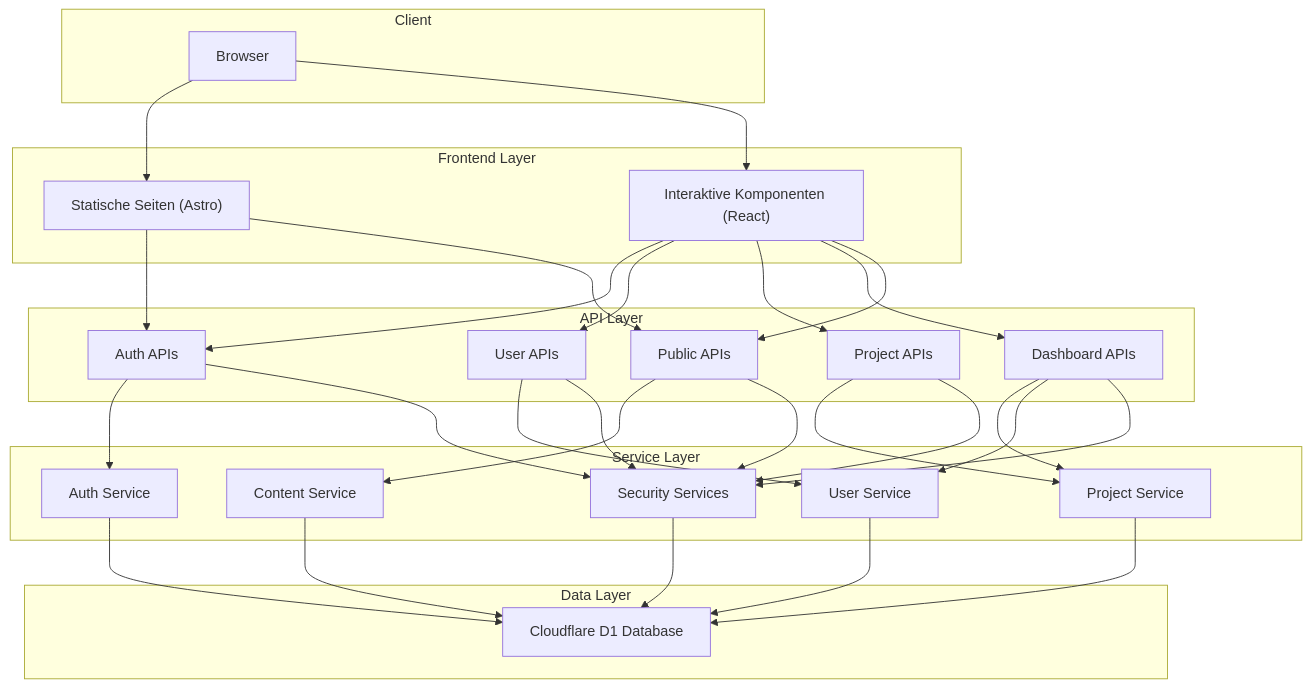
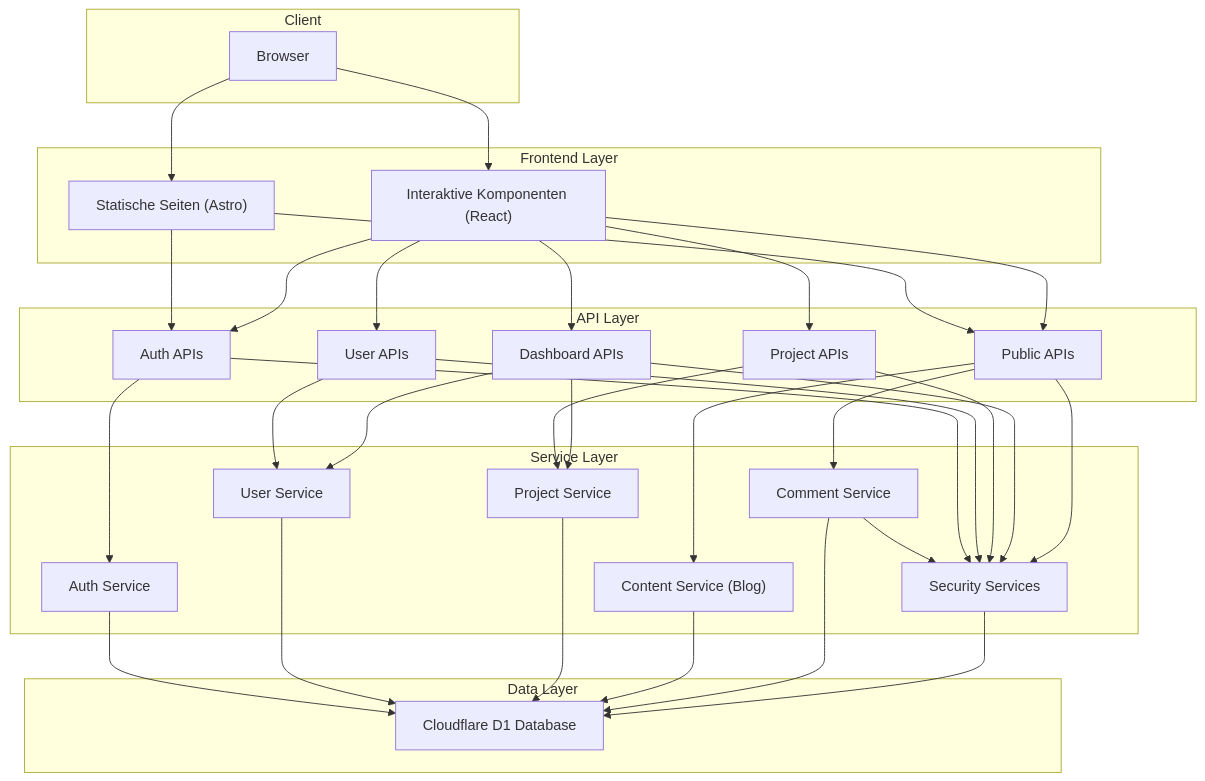
One commit to HubEvolution/EvolutionHub changed the first of 2 diagrams in docs/architecture/system-overview.md. Above: the diagram before and after it, drawn with Mermaid. The commit also changed other lines of this file and 63 other files, not shown here.

Commit message:
feat: add comment system API with CRUD operations and moderation support

````diff
--- a/docs/architecture/system-overview.md
+++ b/docs/architecture/system-overview.md
@@ -111,61 +118,65 @@
 ```mermaid
 graph TD
     subgraph "Client"
         Browser["Browser"]
     end
 
     subgraph "Frontend Layer"
         StaticPages["Statische Seiten (Astro)"]
         ReactComponents["Interaktive Komponenten (React)"]
     end
 
     subgraph "API Layer"
         AuthAPI["Auth APIs"]
         UserAPI["User APIs"]
         ProjectAPI["Project APIs"]
         DashboardAPI["Dashboard APIs"]
         PublicAPI["Public APIs"]
     end
 
     subgraph "Service Layer"
         AuthService["Auth Service"]
         UserService["User Service"]
         ProjectService["Project Service"]
-        ContentService["Content Service"]
+        ContentService["Content Service (Blog)"]
+        CommentService["Comment Service"]
         SecurityServices["Security Services"]
     end
 
     subgraph "Data Layer"
         D1Database["Cloudflare D1 Database"]
     end
 
     Browser --> StaticPages
     Browser --> ReactComponents
     
     StaticPages --> AuthAPI
     StaticPages --> PublicAPI
     ReactComponents --> AuthAPI
     ReactComponents --> UserAPI
     ReactComponents --> ProjectAPI
     ReactComponents --> DashboardAPI
     ReactComponents --> PublicAPI
     
     AuthAPI --> AuthService
     UserAPI --> UserService
     ProjectAPI --> ProjectService
     DashboardAPI --> ProjectService
     DashboardAPI --> UserService
     PublicAPI --> ContentService
-    
+    PublicAPI --> CommentService
+
+    CommentService --> SecurityServices
     AuthAPI --> SecurityServices
     UserAPI --> SecurityServices
     ProjectAPI --> SecurityServices
     DashboardAPI --> SecurityServices
     PublicAPI --> SecurityServices
     
     AuthService --> D1Database
     UserService --> D1Database
     ProjectService --> D1Database
     ContentService --> D1Database
+    CommentService --> D1Database
     SecurityServices --> D1Database
 ```
````
